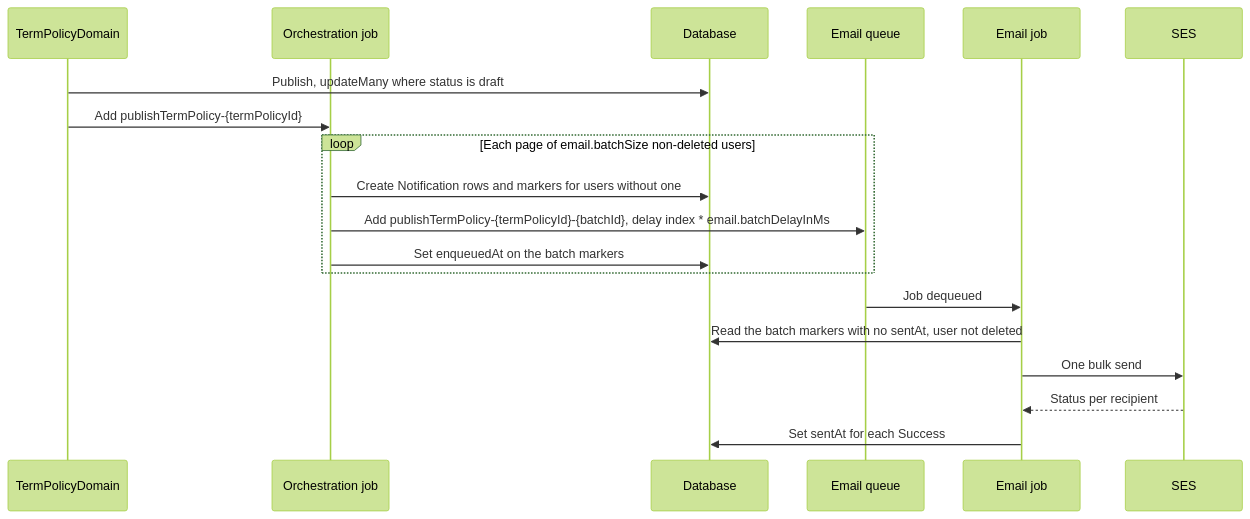
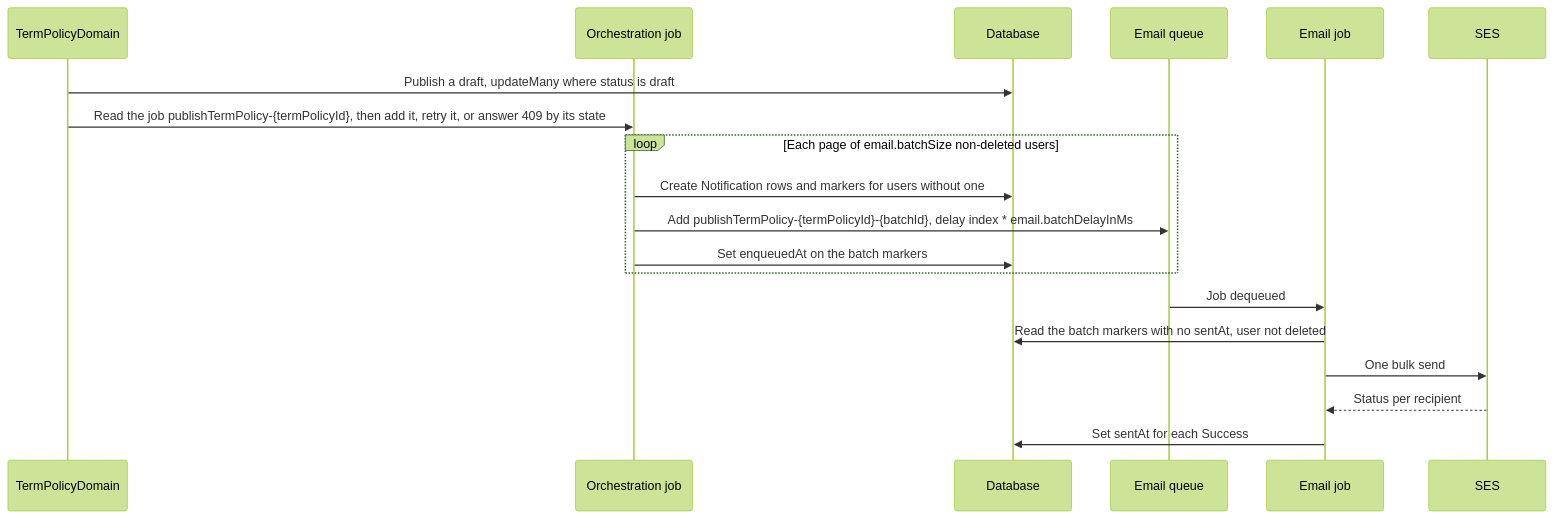
One commit to andrechristikan/ack-nestjs-boilerplate changed the first of 3 diagrams in docs/notification.md. Above: the diagram before and after it, drawn with Mermaid (forest theme). The commit also changed other lines of this file and 29 other files, not shown here.

Commit message:
docs: Sync docs with guard store exceptions, inline orderBy, boot failure, and job state re-publish

````diff
--- a/docs/notification.md
+++ b/docs/notification.md
@@ -391,22 +391,22 @@
 ```mermaid
 sequenceDiagram
     participant TP as TermPolicyDomain
     participant OQ as Orchestration job
     participant DB as Database
     participant EQ as Email queue
     participant EM as Email job
     participant SES
 
-    TP->>DB: Publish, updateMany where status is draft
-    TP->>OQ: Add publishTermPolicy-{termPolicyId}
+    TP->>DB: Publish a draft, updateMany where status is draft
+    TP->>OQ: Read the job publishTermPolicy-{termPolicyId}, then add it, retry it, or answer 409 by its state
     loop Each page of email.batchSize non-deleted users
         OQ->>DB: Create Notification rows and markers for users without one
         OQ->>EQ: Add publishTermPolicy-{termPolicyId}-{batchId}, delay index * email.batchDelayInMs
         OQ->>DB: Set enqueuedAt on the batch markers
     end
     EQ->>EM: Job dequeued
     EM->>DB: Read the batch markers with no sentAt, user not deleted
     EM->>SES: One bulk send
     SES-->>EM: Status per recipient
     EM->>DB: Set sentAt for each Success
 ```
````
